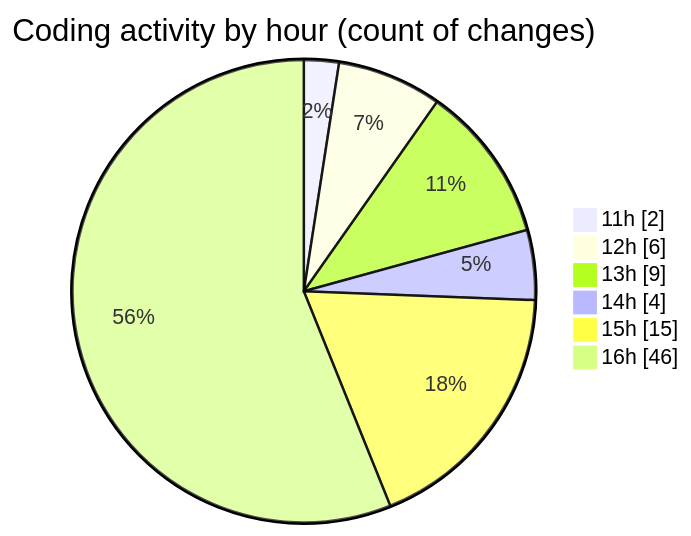
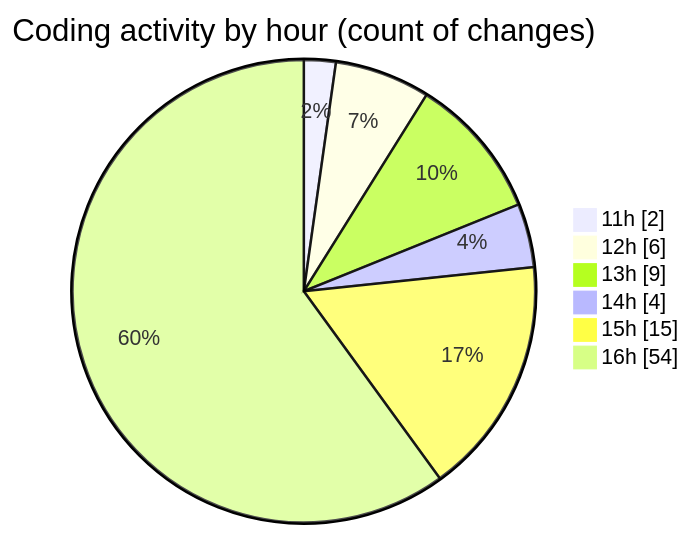
One commit to nxtqubesakshisongat/code-tracking changed the second of 2 diagrams in 2025-06-30/argos/README.md. Above: the diagram before and after it, drawn with Mermaid. The commit also changed other lines of this file and 1 other file, not shown here.

````diff
--- a/2025-06-30/argos/README.md
+++ b/2025-06-30/argos/README.md
@@ -34,10 +34,10 @@
 ```mermaid
 pie showData
 title Coding activity by hour (count of changes)
 "11h" : 2
 "12h" : 6
 "13h" : 9
 "14h" : 4
 "15h" : 15
-"16h" : 46
+"16h" : 54
 ```
````
